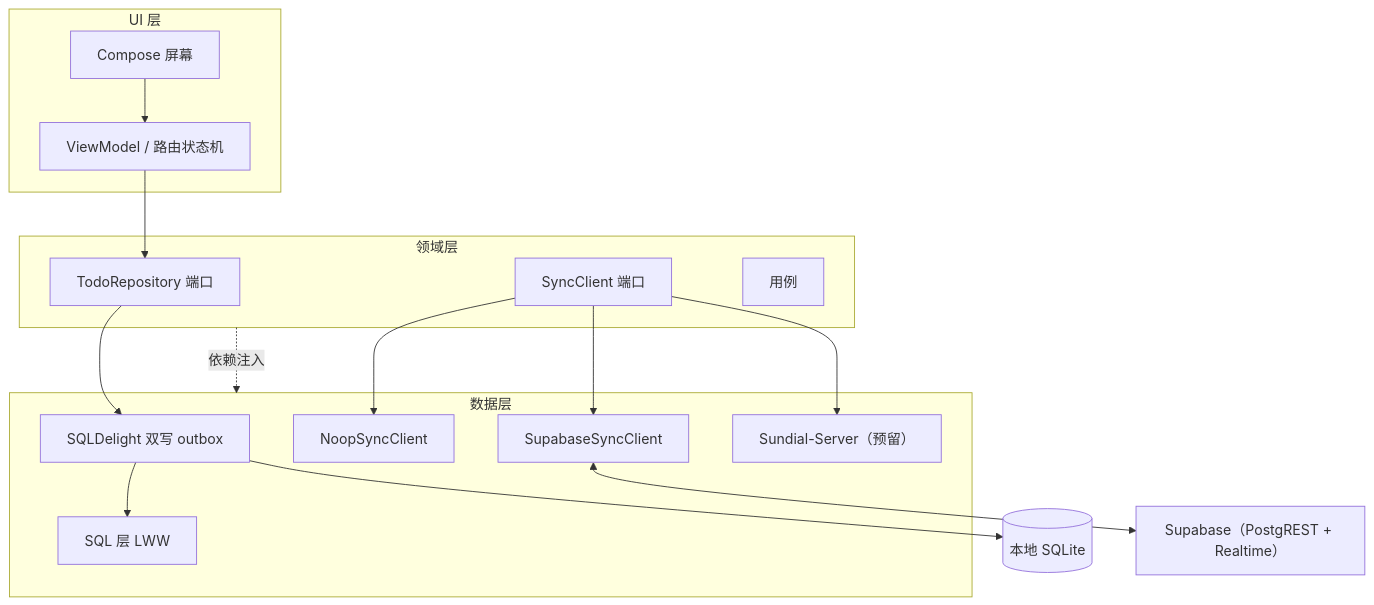
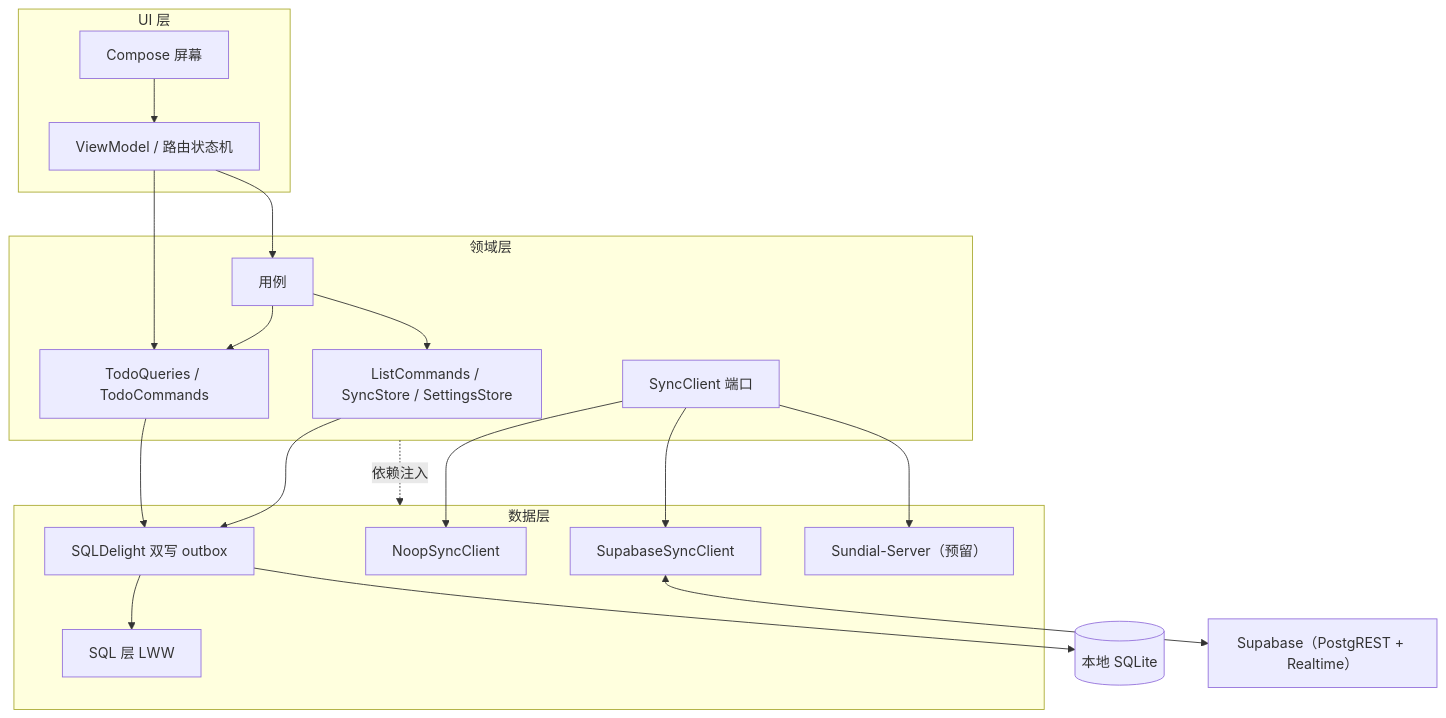
One commit to X-FRI/Sundial changed the diagram in README.md. Above: the diagram before and after it, drawn with Mermaid. The commit also changed other lines of this file and 2 other files, not shown here.

Commit message:
docs(architecture): document functional effect boundaries

````diff
--- a/README.md
+++ b/README.md
@@ -50,35 +50,40 @@
 ```mermaid
 flowchart TB
     subgraph UI["UI 层"]
         Screens["Compose 屏幕"]
         ViewModels["ViewModel / 路由状态机"]
     end
 
     subgraph Domain["领域层"]
-        RepoPort["TodoRepository 端口"]
+        RepoPort["TodoQueries / TodoCommands"]
+        MorePorts["ListCommands / SyncStore / SettingsStore"]
         SyncPort["SyncClient 端口"]
         UseCases["用例"]
     end
 
     subgraph Data["数据层"]
         Impl["SQLDelight 双写 outbox"]
         LWW["SQL 层 LWW"]
         Noop["NoopSyncClient"]
         Supa["SupabaseSyncClient"]
         Server["Sundial-Server（预留）"]
     end
 
     DB[("本地 SQLite")]
     Supabase["Supabase（PostgREST + Realtime）"]
 
     Screens --> ViewModels
+    ViewModels --> UseCases
     ViewModels --> RepoPort
+    UseCases --> RepoPort
+    UseCases --> MorePorts
     RepoPort --> Impl
+    MorePorts --> Impl
     Impl --> LWW
     Impl --> DB
     SyncPort --> Noop
     SyncPort --> Supa
     SyncPort --> Server
     Supa <--> Supabase
     Domain -. 依赖注入 .-> Data
 ```
````
